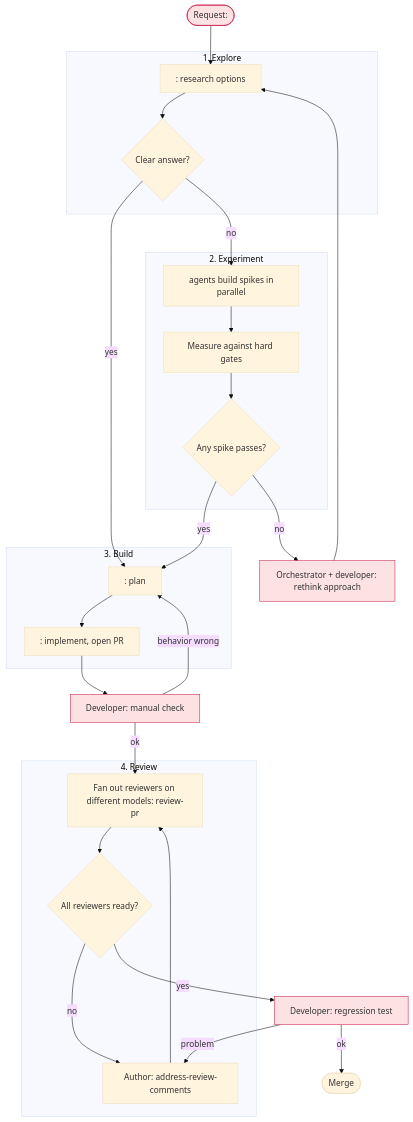
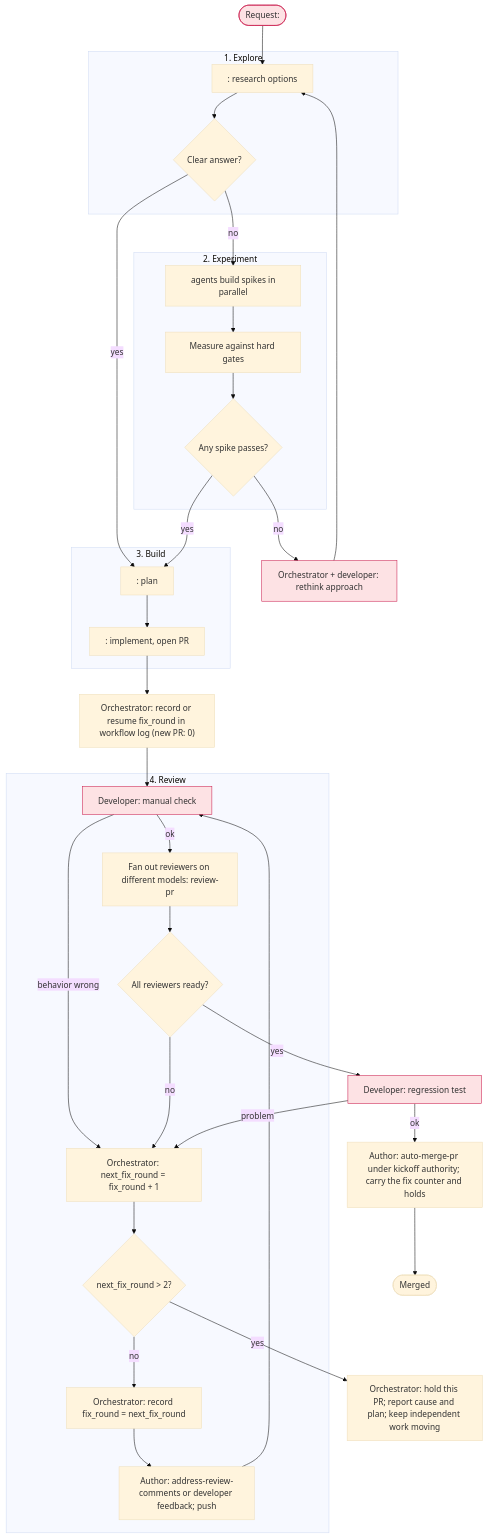
Before and after one commit to asura1234/bus: the diagram in workflows/template.md, drawn with Mermaid (base theme). The commit also changed other lines of this file and 5 other files, not shown here.

First line of the commit message:
docs: reconcile orchestrator rules and workflow decisions

````diff
--- a/workflows/template.md
+++ b/workflows/template.md
@@ -29,45 +29,52 @@
 ```mermaid
 flowchart TD
     start([Request: <one line>]):::developer
     start --> research
 
     subgraph explore [1. Explore]
         research[<agent>: research options]
         research --> consensus{Clear answer?}
     end
 
     consensus -- yes --> plan
     consensus -- no --> spikes
 
     subgraph experiment [2. Experiment]
         spikes[<N> agents build spikes in parallel]
         spikes --> measure[Measure against hard gates]
         measure --> pick{Any spike passes?}
     end
 
     pick -- yes --> plan
     pick -- no --> rethink[Orchestrator + developer: rethink approach]:::developer
     rethink --> research
 
     subgraph build [3. Build]
         plan[<agent>: plan] --> implement[<agent>: implement, open PR]
     end
 
-    implement --> verify1[Developer: manual check]:::developer
-    verify1 -- behavior wrong --> plan
+    implement --> initround["Orchestrator: record or resume fix_round in workflow log (new PR: 0)"]
+    initround --> verify1[Developer: manual check]:::developer
+    verify1 -- behavior wrong --> nextfix
     verify1 -- ok --> review
 
     subgraph reviewloop [4. Review]
         review[Fan out reviewers on different models: review-pr]
         review --> ready{All reviewers ready?}
-        ready -- no --> fix[Author: address-review-comments]
-        fix --> review
+        ready -- no --> nextfix["Orchestrator: next_fix_round = fix_round + 1"]
+        nextfix --> overbudget{"next_fix_round > 2?"}
+        overbudget -- no --> countfix["Orchestrator: record fix_round = next_fix_round"]
+        countfix --> fix[Author: address-review-comments or developer feedback; push]
+        fix --> verify1
     end
 
+    overbudget -- yes --> hold[Orchestrator: hold this PR; report cause and plan; keep independent work moving]
+
     ready -- yes --> verify2[Developer: regression test]:::developer
-    verify2 -- problem --> fix
-    verify2 -- ok --> done([Merge])
+    verify2 -- problem --> nextfix
+    verify2 -- ok --> merge[Author: auto-merge-pr under kickoff authority; carry the fix counter and holds]
+    merge --> done([Merged])
 
     classDef developer fill:#fde2e4,stroke:#c9184a
     classDef current stroke-width:3px,stroke:#2563eb
 ```
````
